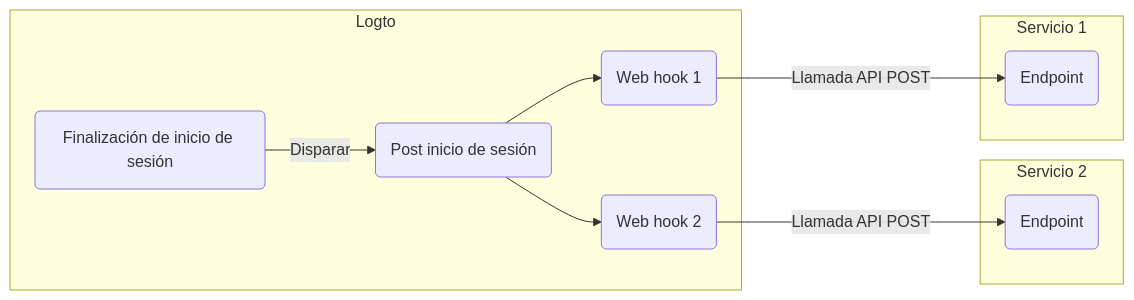
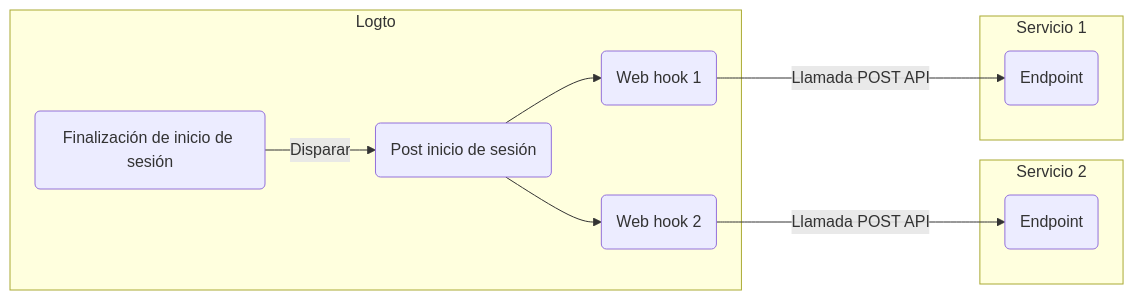
Before and after one commit to logto-io/docs: the diagram in i18n/es/docusaurus-plugin-content-docs/current/developers/webhooks/README.mdx, drawn with Mermaid. The commit also changed other lines of this file and 80 other files, not shown here.

````diff
--- a/i18n/es/docusaurus-plugin-content-docs/current/developers/webhooks/README.mdx
+++ b/i18n/es/docusaurus-plugin-content-docs/current/developers/webhooks/README.mdx
@@ -36,24 +36,24 @@
 ```mermaid
 graph LR
   subgraph Logto
     SF(Finalización de inicio de sesión)
     PS(Post inicio de sesión)
     WH2(Web hook 2)
     WH1(Web hook 1)
   end
 
   subgraph Servicio 2
     E2(Endpoint)
   end
 
   subgraph Servicio 1
     E1(Endpoint)
   end
 
   SF -->|Disparar| PS
   PS --> WH1
   PS --> WH2
-  WH1 --->|Llamada API POST| E1
-  WH2 --->|Llamada API POST| E2
+  WH1 --->|Llamada POST API| E1
+  WH2 --->|Llamada POST API| E2
 
 ```
````
